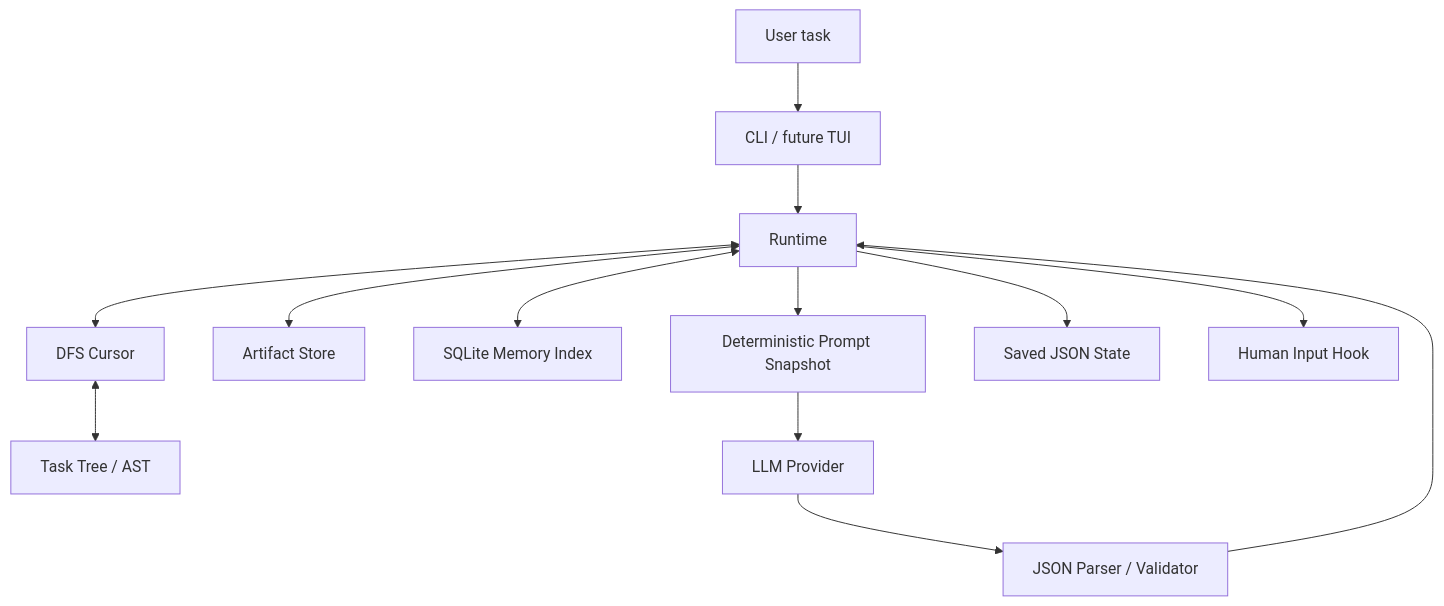
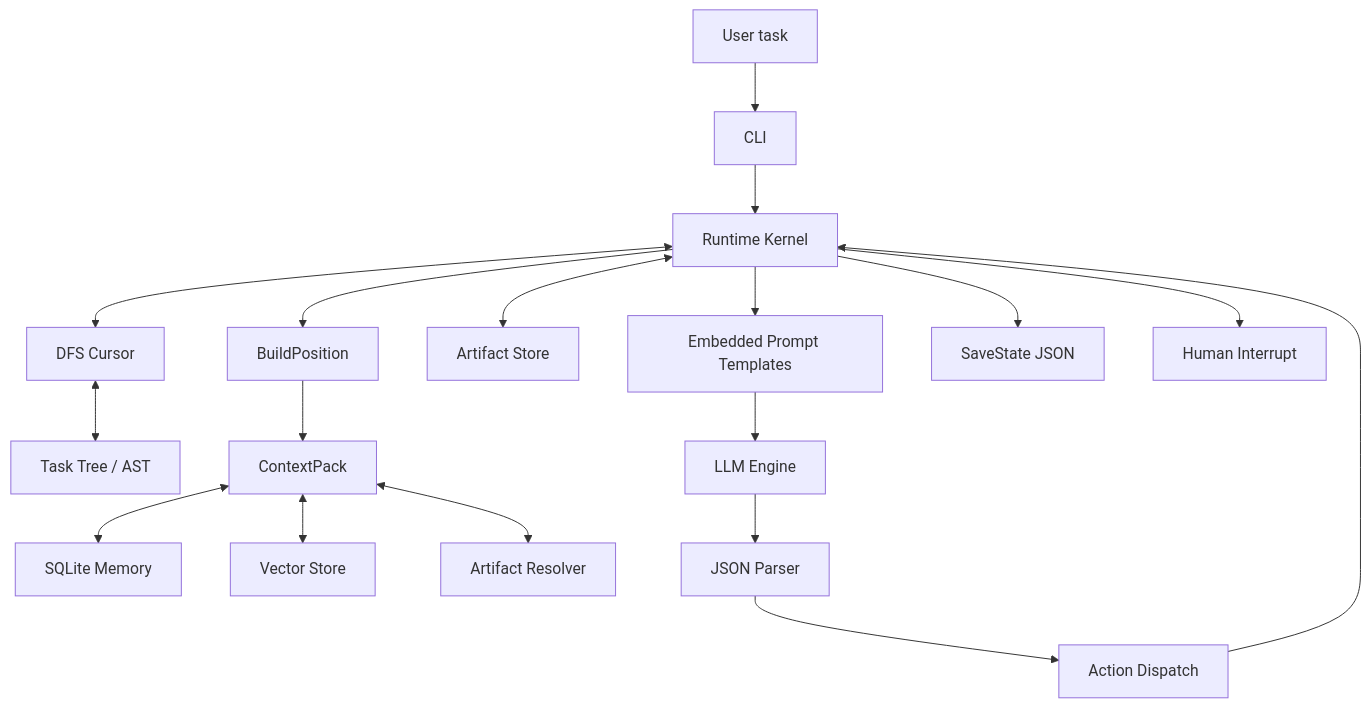
The diagram in README.md (Steve65535/llmvm), drawn with Mermaid before and after one commit. The commit also changed other lines of this file and 30 other files, not shown here.

````diff
--- a/README.md
+++ b/README.md
@@ -184,18 +282,24 @@
 ```mermaid
 graph TD
-    User["User task"] --> CLI["CLI / future TUI"]
-    CLI --> Runtime["Runtime"]
+    User["User task"] --> CLI["CLI"]
+    CLI --> Runtime["Runtime Kernel"]
 
     Runtime <--> Cursor["DFS Cursor"]
     Cursor <--> Tree["Task Tree / AST"]
+
+    Runtime --> Position["BuildPosition"]
+    Position --> ContextPack["ContextPack"]
+    ContextPack <--> Memory["SQLite Memory"]
+    ContextPack <--> Vector["Vector Store"]
+    ContextPack <--> Resolver["Artifact Resolver"]
+
     Runtime <--> Artifacts["Artifact Store"]
-    Runtime <--> Memory["SQLite Memory Index"]
-    Runtime --> Prompt["Deterministic Prompt Snapshot"]
+    Runtime --> Prompt["Embedded Prompt Templates"]
+    Prompt --> LLM["LLM Engine"]
+    LLM --> Parser["JSON Parser"]
+    Parser --> Dispatch["Action Dispatch"]
+    Dispatch --> Runtime
 
-    Prompt --> LLM["LLM Provider"]
-    LLM --> Parser["JSON Parser / Validator"]
-    Parser --> Runtime
-
-    Runtime --> State["Saved JSON State"]
-    Runtime --> Human["Human Input Hook"]
+    Runtime --> Save["SaveState JSON"]
+    Runtime --> Human["Human Interrupt"]
 ```
````
